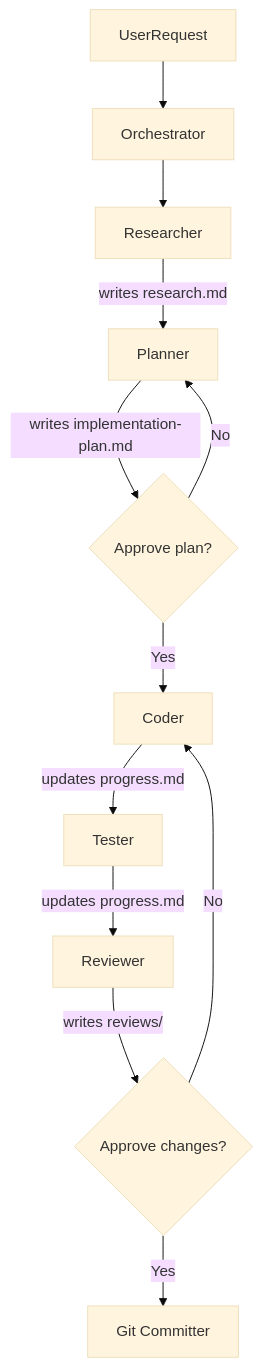
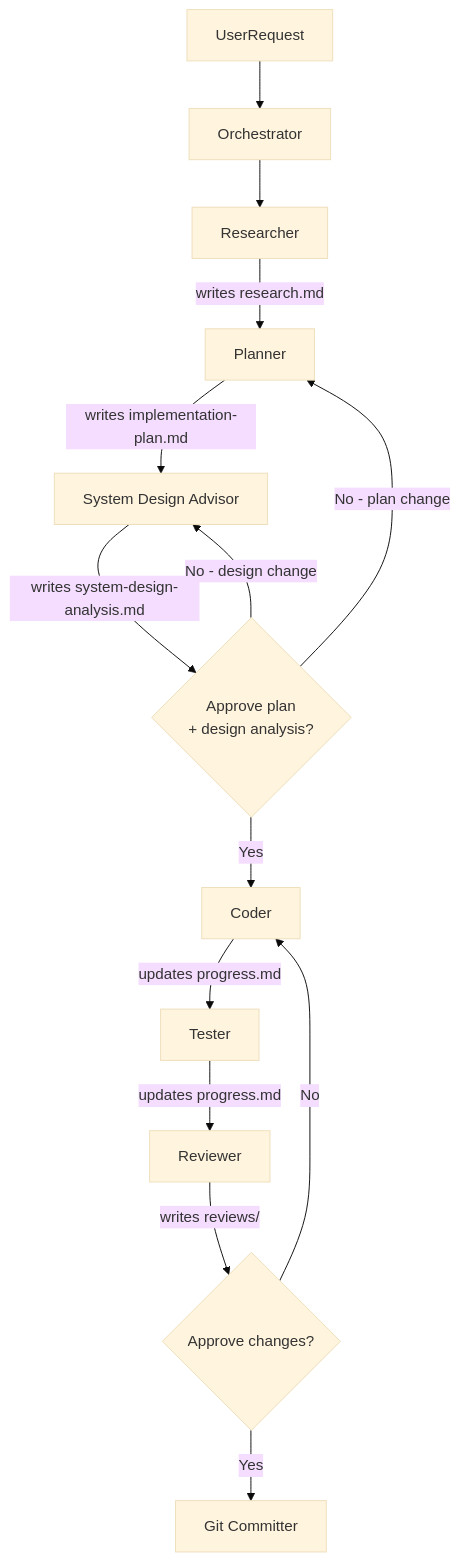
One commit to fascari/cashback-platform changed the diagram in .github/ai/README.md. Above: the diagram before and after it, drawn with Mermaid (base theme). The commit also changed other lines of this file and 5 other files, not shown here.

Commit message:
Add system design analysis and update prompts

````diff
--- a/.github/ai/README.md
+++ b/.github/ai/README.md
@@ -103,14 +105,16 @@
 ```mermaid
 flowchart TD
   UserRequest --> Orchestrator
   Orchestrator --> Researcher
   Researcher -->|"writes research.md"| Planner
-  Planner -->|"writes implementation-plan.md"| Checkpoint1{"Approve plan?"}
+  Planner -->|"writes implementation-plan.md"| SDA["System Design Advisor"]
+  SDA -->|"writes system-design-analysis.md"| Checkpoint1{"Approve plan\n+ design analysis?"}
   Checkpoint1 -->|Yes| Coder
-  Checkpoint1 -->|No| Planner
+  Checkpoint1 -->|No - plan change| Planner
+  Checkpoint1 -->|No - design change| SDA
   Coder -->|"updates progress.md"| Tester
   Tester -->|"updates progress.md"| Reviewer
   Reviewer -->|"writes reviews/"| Checkpoint2{"Approve changes?"}
   Checkpoint2 -->|Yes| GitCommitter["Git Committer"]
   Checkpoint2 -->|No| Coder
 ```
````
